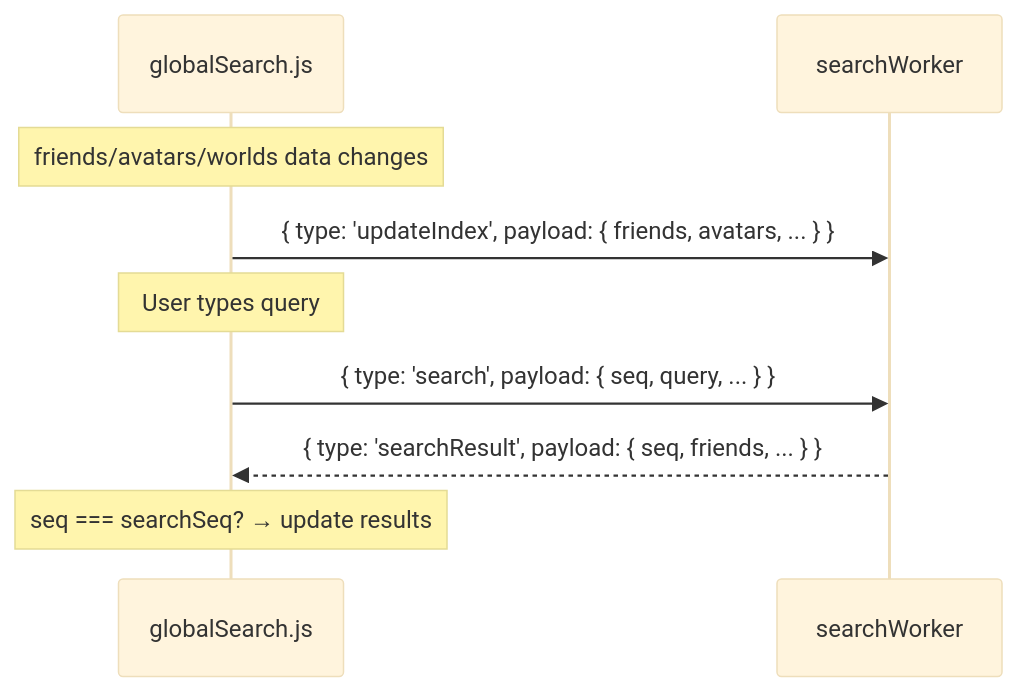
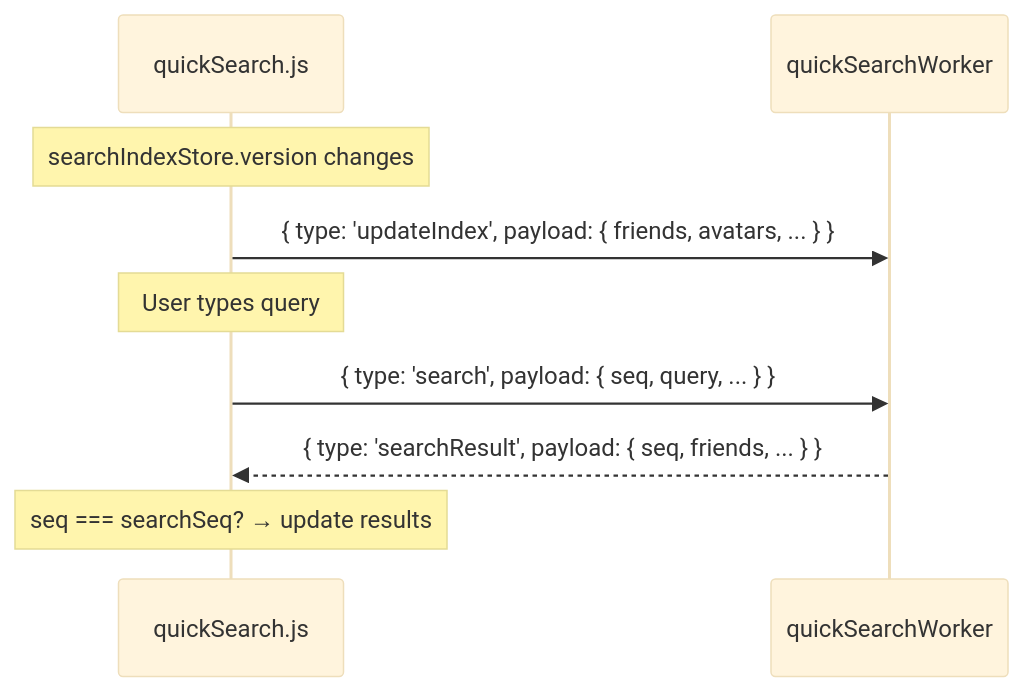
The second of 2 diagrams in en/modules/web-worker.md (Map1en/vrcx-docs), drawn with Mermaid (base theme) before and after one commit. The commit also changed other lines of this file and 11 other files, not shown here.

Commit message:
update quick search

````diff
--- a/en/modules/web-worker.md
+++ b/en/modules/web-worker.md
@@ -44,13 +44,13 @@
 ```mermaid
 sequenceDiagram
-    participant Store as globalSearch.js
-    participant Worker as searchWorker
+    participant Store as quickSearch.js
+    participant Worker as quickSearchWorker
     
-    Note over Store: friends/avatars/worlds data changes
+    Note over Store: searchIndexStore.version changes
     Store->>Worker: { type: 'updateIndex', payload: { friends, avatars, ... } }
     
     Note over Store: User types query
     Store->>Worker: { type: 'search', payload: { seq, query, ... } }
     Worker-->>Store: { type: 'searchResult', payload: { seq, friends, ... } }
     Note over Store: seq === searchSeq? → update results
 ```
````
